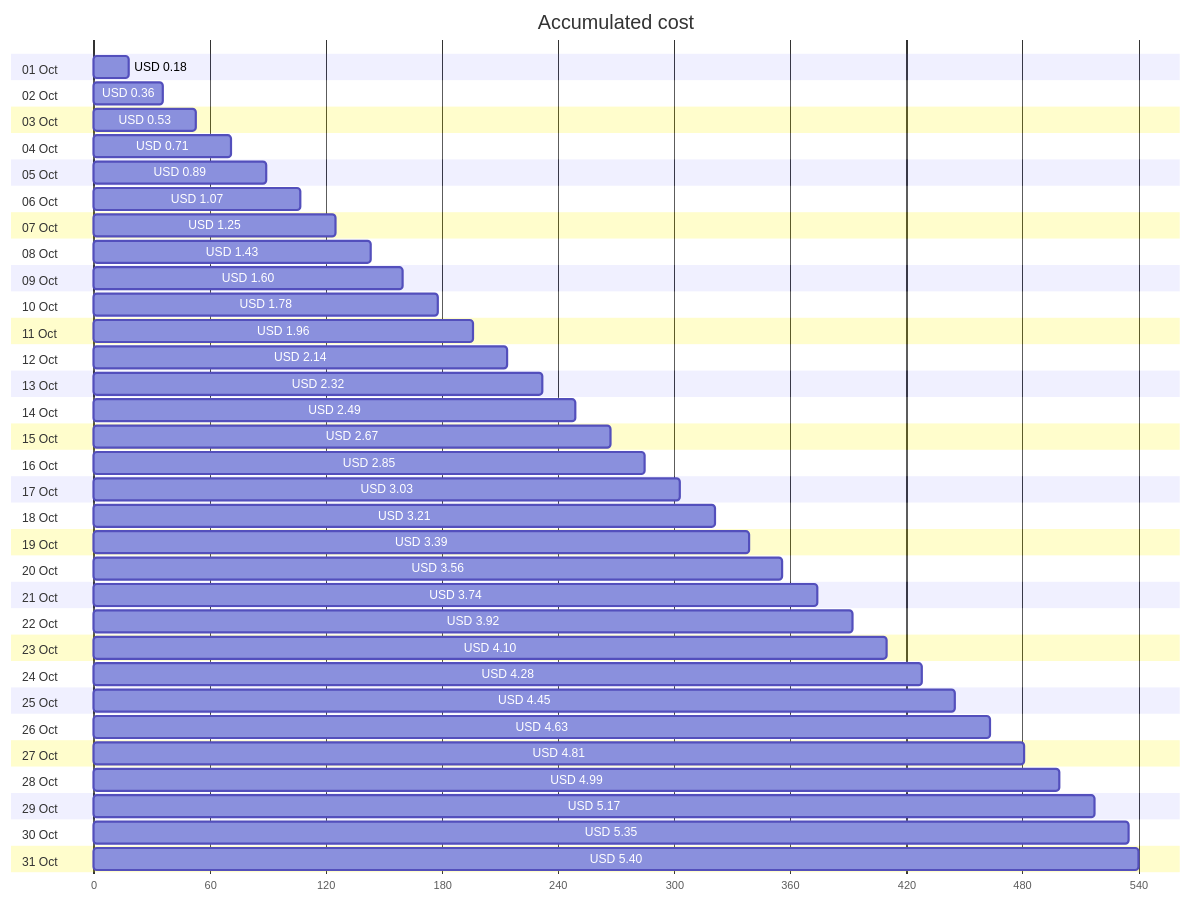
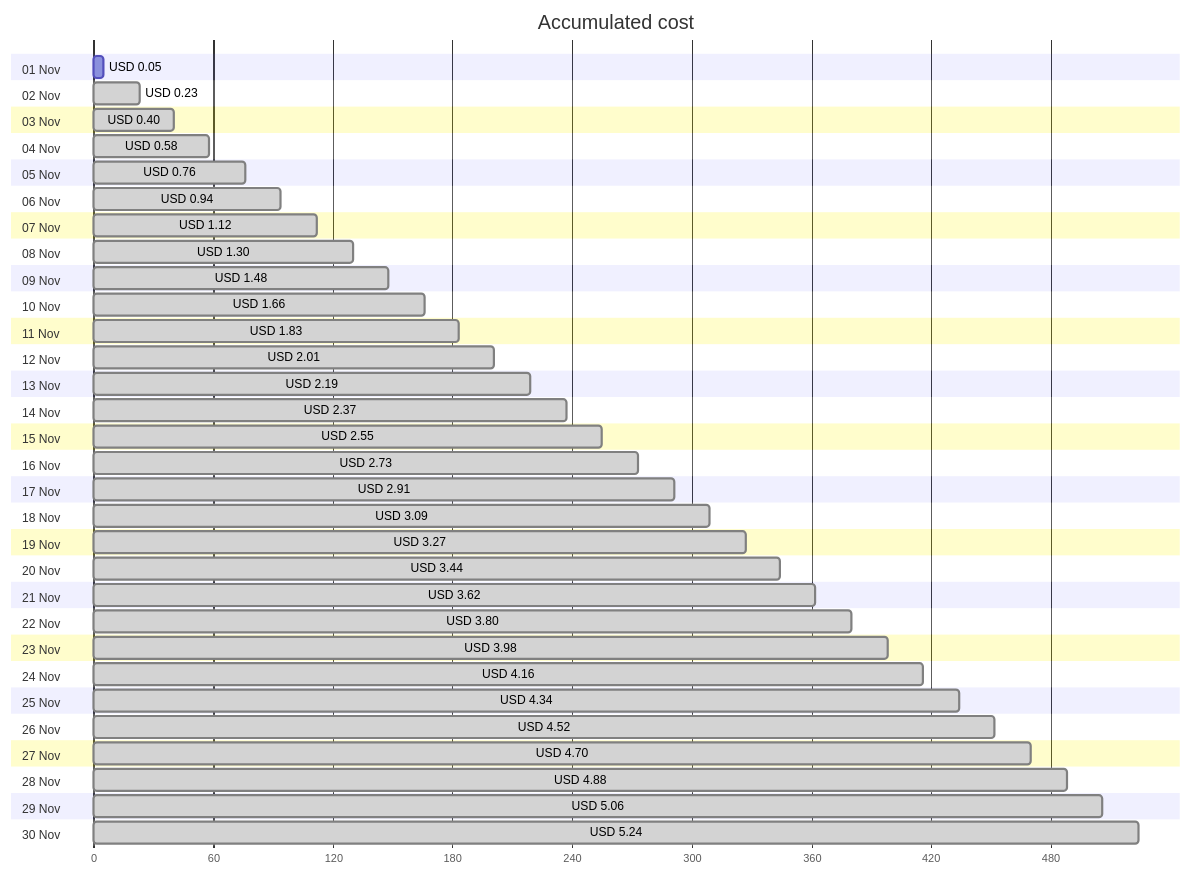
The first of 4 diagrams in cost-reports/personal-network/backup-server.md (jpfulton/azure-personal-reports), drawn with Mermaid before and after one commit. The commit also changed other lines of this file and 8 other files, not shown here.

````diff
--- a/cost-reports/personal-network/backup-server.md
+++ b/cost-reports/personal-network/backup-server.md
@@ -20,68 +20,66 @@
 ```mermaid
 gantt
    title Accumulated cost
    dateFormat  X
    axisFormat %s
-   section 01 Oct
-   USD 0.18 :0, 18
-   section 02 Oct
-   USD 0.36 :0, 36
-   section 03 Oct
-   USD 0.53 :0, 53
-   section 04 Oct
-   USD 0.71 :0, 71
-   section 05 Oct
-   USD 0.89 :0, 89
-   section 06 Oct
-   USD 1.07 :0, 107
-   section 07 Oct
-   USD 1.25 :0, 125
-   section 08 Oct
-   USD 1.43 :0, 143
-   section 09 Oct
-   USD 1.60 :0, 160
-   section 10 Oct
-   USD 1.78 :0, 178
-   section 11 Oct
-   USD 1.96 :0, 196
-   section 12 Oct
-   USD 2.14 :0, 214
-   section 13 Oct
-   USD 2.32 :0, 232
-   section 14 Oct
-   USD 2.49 :0, 249
-   section 15 Oct
-   USD 2.67 :0, 267
-   section 16 Oct
-   USD 2.85 :0, 285
-   section 17 Oct
-   USD 3.03 :0, 303
-   section 18 Oct
-   USD 3.21 :0, 321
-   section 19 Oct
-   USD 3.39 :0, 339
-   section 20 Oct
-   USD 3.56 :0, 356
-   section 21 Oct
-   USD 3.74 :0, 374
-   section 22 Oct
-   USD 3.92 :0, 392
-   section 23 Oct
-   USD 4.10 :0, 410
-   section 24 Oct
-   USD 4.28 :0, 428
-   section 25 Oct
-   USD 4.45 :0, 445
-   section 26 Oct
-   USD 4.63 :0, 463
-   section 27 Oct
-   USD 4.81 :0, 481
-   section 28 Oct
-   USD 4.99 :0, 499
-   section 29 Oct
-   USD 5.17 :0, 517
-   section 30 Oct
-   USD 5.35 :0, 535
-   section 31 Oct
-   USD 5.40 :0, 540
+   section 01 Nov
+   USD 0.05 :0, 5
+   section 02 Nov
+   USD 0.23 : done, 0, 23
+   section 03 Nov
+   USD 0.40 : done, 0, 40
+   section 04 Nov
+   USD 0.58 : done, 0, 58
+   section 05 Nov
+   USD 0.76 : done, 0, 76
+   section 06 Nov
+   USD 0.94 : done, 0, 94
+   section 07 Nov
+   USD 1.12 : done, 0, 112
+   section 08 Nov
+   USD 1.30 : done, 0, 130
+   section 09 Nov
+   USD 1.48 : done, 0, 148
+   section 10 Nov
+   USD 1.66 : done, 0, 166
+   section 11 Nov
+   USD 1.83 : done, 0, 183
+   section 12 Nov
+   USD 2.01 : done, 0, 201
+   section 13 Nov
+   USD 2.19 : done, 0, 219
+   section 14 Nov
+   USD 2.37 : done, 0, 237
+   section 15 Nov
+   USD 2.55 : done, 0, 255
+   section 16 Nov
+   USD 2.73 : done, 0, 273
+   section 17 Nov
+   USD 2.91 : done, 0, 291
+   section 18 Nov
+   USD 3.09 : done, 0, 309
+   section 19 Nov
+   USD 3.27 : done, 0, 327
+   section 20 Nov
+   USD 3.44 : done, 0, 344
+   section 21 Nov
+   USD 3.62 : done, 0, 362
+   section 22 Nov
+   USD 3.80 : done, 0, 380
+   section 23 Nov
+   USD 3.98 : done, 0, 398
+   section 24 Nov
+   USD 4.16 : done, 0, 416
+   section 25 Nov
+   USD 4.34 : done, 0, 434
+   section 26 Nov
+   USD 4.52 : done, 0, 452
+   section 27 Nov
+   USD 4.70 : done, 0, 470
+   section 28 Nov
+   USD 4.88 : done, 0, 488
+   section 29 Nov
+   USD 5.06 : done, 0, 506
+   section 30 Nov
+   USD 5.24 : done, 0, 524
 ```
````
